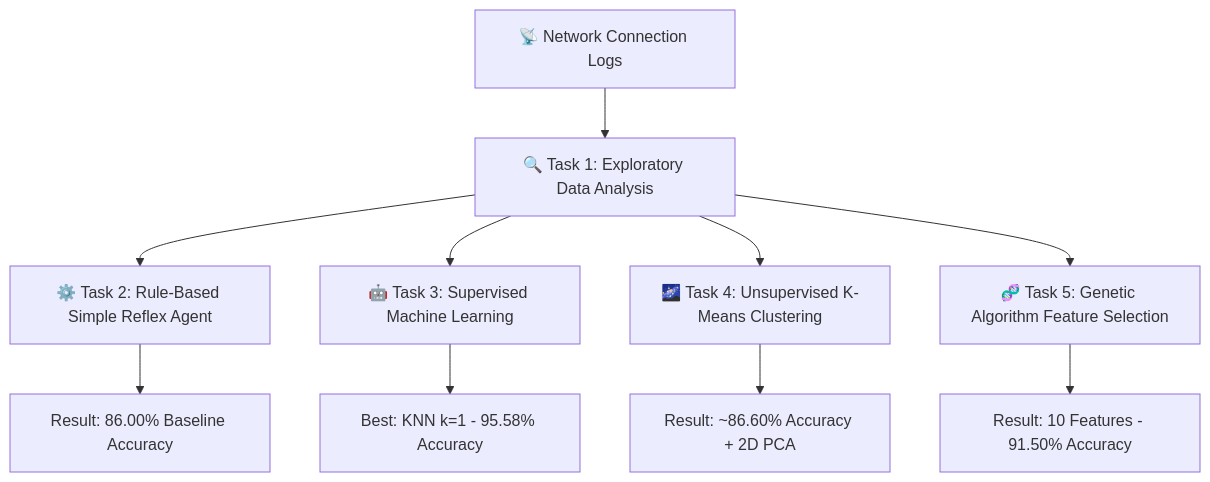
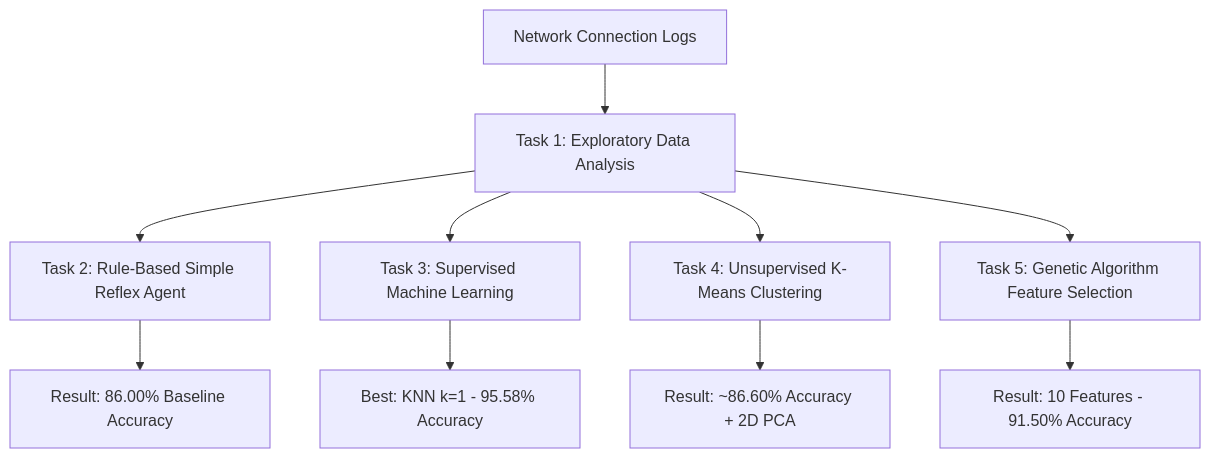
The diagram in README.md (aazannoorkhuwaja/Network-Intrusion-Detection), drawn with Mermaid before and after one commit. The commit also changed other lines of this file, not shown here.

````diff
--- a/README.md
+++ b/README.md
@@ -46,13 +46,13 @@
 ```mermaid
 flowchart TD
-    A[📡 Network Connection Logs] --> B[🔍 Task 1: Exploratory Data Analysis]
-    B --> C[⚙️ Task 2: Rule-Based Simple Reflex Agent]
-    B --> D[🤖 Task 3: Supervised Machine Learning]
-    B --> E[🌌 Task 4: Unsupervised K-Means Clustering]
-    B --> F[🧬 Task 5: Genetic Algorithm Feature Selection]
+    A[Network Connection Logs] --> B[Task 1: Exploratory Data Analysis]
+    B --> C[Task 2: Rule-Based Simple Reflex Agent]
+    B --> D[Task 3: Supervised Machine Learning]
+    B --> E[Task 4: Unsupervised K-Means Clustering]
+    B --> F[Task 5: Genetic Algorithm Feature Selection]
 
     C --> G[Result: 86.00% Baseline Accuracy]
     D --> H[Best: KNN k=1 - 95.58% Accuracy]
     E --> I[Result: ~86.60% Accuracy + 2D PCA]
     F --> J[Result: 10 Features - 91.50% Accuracy]
 ```
````
